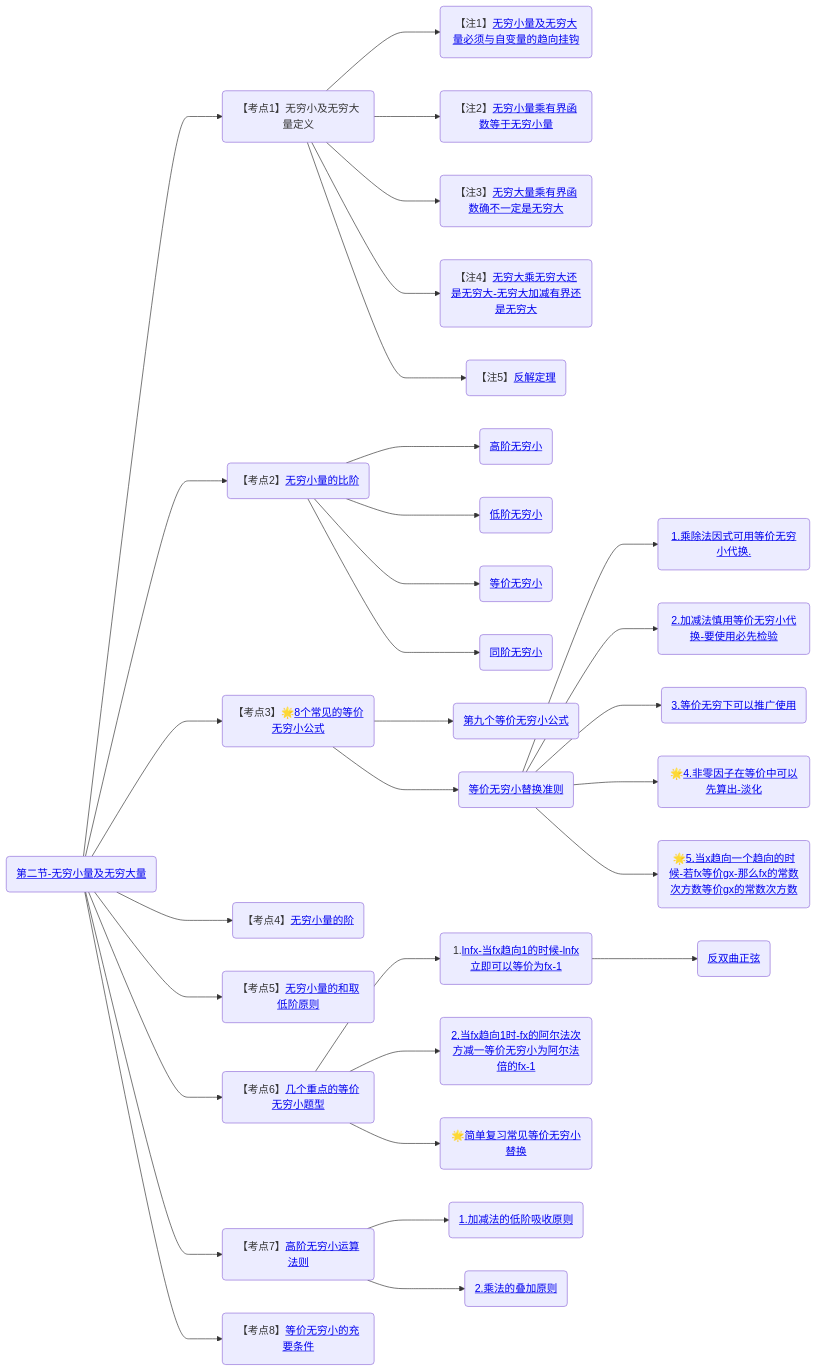
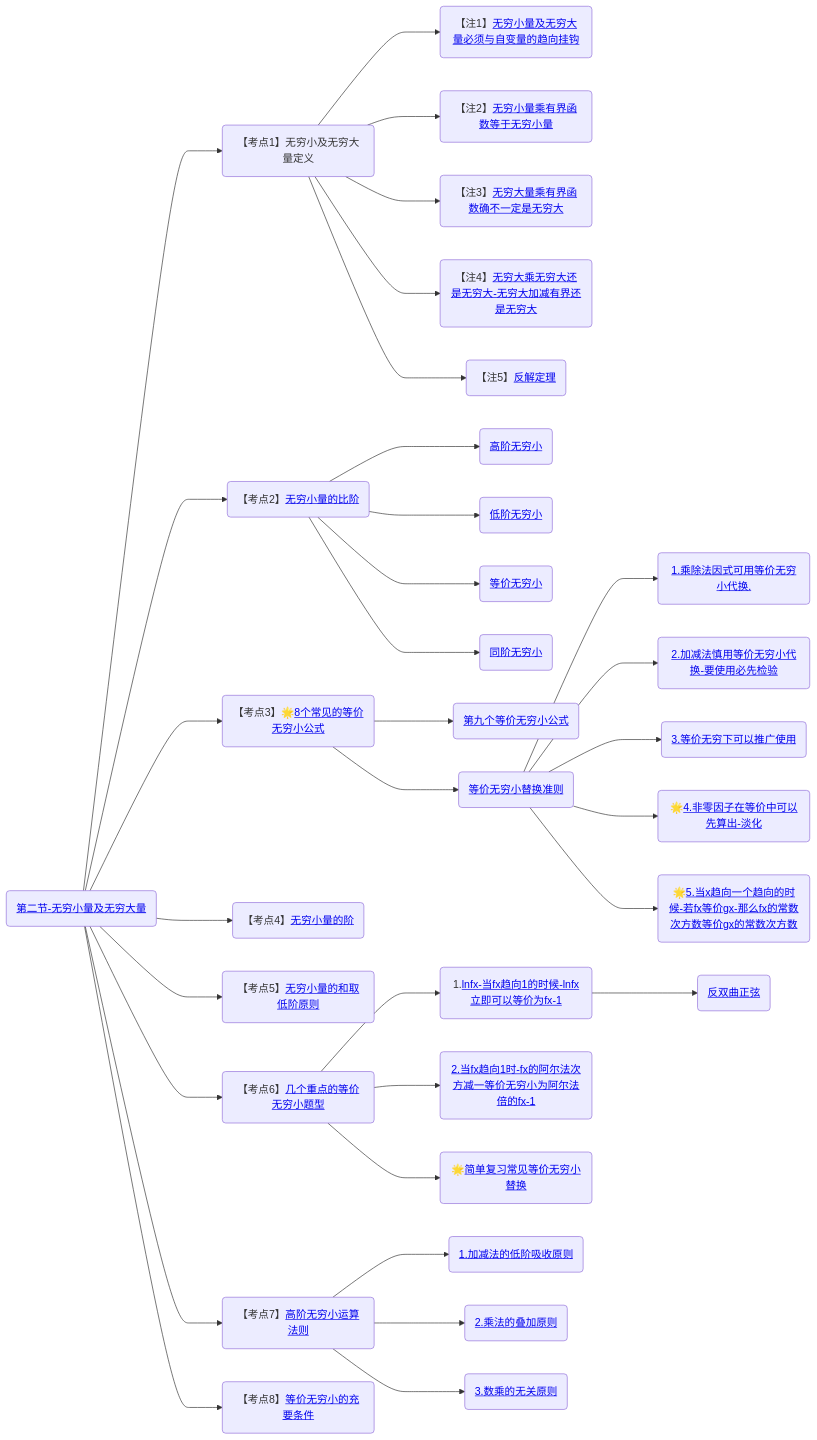
Before and after one commit to yuebinghui/note: the second of 3 diagrams in 笔记/数学/周洋鑫/01.基础班思维导图.md, drawn with Mermaid. The commit also changed 4 other files, not shown here.

````diff
--- a/笔记/数学/周洋鑫/01.基础班思维导图.md
+++ b/笔记/数学/周洋鑫/01.基础班思维导图.md
@@ -41,46 +41,47 @@
 ```mermaid
 graph LR
 
 第二节-无穷小量及无穷大量(<a href="/Users/yuebinghui/Documents/program/github/note/笔记/数学/周洋鑫/基础班/02.无穷小量及无穷大量.md#第二节-无穷小量及无穷大量">第二节-无穷小量及无穷大量</>)
 
 第二节-无穷小量及无穷大量--->无穷小及无穷大量定义(【考点1】无穷小及无穷大量定义)
 
 无穷小及无穷大量定义--->无穷小量及无穷大量必须与自变量的趋向挂钩(【注1】<a href="/Users/yuebinghui/Documents/program/github/note/笔记/数学/周洋鑫/基础班/02.无穷小量及无穷大量.md#无穷小量及无穷大量必须与自变量的趋向挂钩">无穷小量及无穷大量必须与自变量的趋向挂钩</>)
 无穷小及无穷大量定义--->无穷小量乘有界函数等于无穷小量(【注2】<a href="/Users/yuebinghui/Documents/program/github/note/笔记/数学/周洋鑫/基础班/02.无穷小量及无穷大量.md#无穷小量乘有界函数等于无穷小量">无穷小量乘有界函数等于无穷小量</>)
 无穷小及无穷大量定义--->无穷大量乘有界函数确不一定是无穷大(【注3】<a href="/Users/yuebinghui/Documents/program/github/note/笔记/数学/周洋鑫/基础班/02.无穷小量及无穷大量.md#无穷大量乘有界函数确不一定是无穷大">无穷大量乘有界函数确不一定是无穷大</>)
 无穷小及无穷大量定义--->无穷大乘无穷大还是无穷大-无穷大加减有界还是无穷大(【注4】<a href="/Users/yuebinghui/Documents/program/github/note/笔记/数学/周洋鑫/基础班/02.无穷小量及无穷大量.md#无穷大乘无穷大还是无穷大-无穷大加减有界还是无穷大">无穷大乘无穷大还是无穷大-无穷大加减有界还是无穷大</>)
 无穷小及无穷大量定义--->反解定理(【注5】<a href="/Users/yuebinghui/Documents/program/github/note/笔记/数学/周洋鑫/基础班/02.无穷小量及无穷大量.md#反解定理">反解定理</>)
 
 第二节-无穷小量及无穷大量--->无穷小量的比阶(【考点2】<a href="/Users/yuebinghui/Documents/program/github/note/笔记/数学/周洋鑫/基础班/02.无穷小量及无穷大量.md#无穷小量的比阶">无穷小量的比阶</>)
 无穷小量的比阶--->高阶无穷小(<a href="/Users/yuebinghui/Documents/program/github/note/笔记/数学/周洋鑫/基础班/02.无穷小量及无穷大量.md#高阶无穷小">高阶无穷小</>)
 无穷小量的比阶--->低阶无穷小(<a href="/Users/yuebinghui/Documents/program/github/note/笔记/数学/周洋鑫/基础班/02.无穷小量及无穷大量.md#低阶无穷小">低阶无穷小</>)
 无穷小量的比阶--->等价无穷小(<a href="/Users/yuebinghui/Documents/program/github/note/笔记/数学/周洋鑫/基础班/02.无穷小量及无穷大量.md#等价无穷小">等价无穷小</>)
 无穷小量的比阶--->同阶无穷小(<a href="/Users/yuebinghui/Documents/program/github/note/笔记/数学/周洋鑫/基础班/02.无穷小量及无穷大量.md#同阶无穷小">同阶无穷小</>)
 
 第二节-无穷小量及无穷大量--->8个常见的等价无穷小公式(【考点3】🌟<a href="/Users/yuebinghui/Documents/program/github/note/笔记/数学/周洋鑫/基础班/02.无穷小量及无穷大量.md#8个常见的等价无穷小公式">8个常见的等价无穷小公式</>)
 8个常见的等价无穷小公式--->第九个等价无穷小公式(<a href="/Users/yuebinghui/Documents/program/github/note/笔记/数学/周洋鑫/基础班/02.无穷小量及无穷大量.md#第九个等价无穷小公式">第九个等价无穷小公式</>)
 8个常见的等价无穷小公式--->等价无穷小替换准则(<a href="/Users/yuebinghui/Documents/program/github/note/笔记/数学/周洋鑫/基础班/02.无穷小量及无穷大量.md#等价无穷小替换准则">等价无穷小替换准则</>)
 等价无穷小替换准则--->1.乘除法因式可用等价无穷小代换.(<a href="/Users/yuebinghui/Documents/program/github/note/笔记/数学/周洋鑫/基础班/02.无穷小量及无穷大量.md#1.乘除法因式可用等价无穷小代换.">1.乘除法因式可用等价无穷小代换.</>)
 等价无穷小替换准则--->2.加减法慎用等价无穷小代换-要使用必先检验(<a href="/Users/yuebinghui/Documents/program/github/note/笔记/数学/周洋鑫/基础班/02.无穷小量及无穷大量.md#2.加减法慎用等价无穷小代换-要使用必先检验">2.加减法慎用等价无穷小代换-要使用必先检验</>)
 等价无穷小替换准则--->3.等价无穷下可以推广使用(<a href="/Users/yuebinghui/Documents/program/github/note/笔记/数学/周洋鑫/基础班/02.无穷小量及无穷大量.md#3.等价无穷下可以推广使用">3.等价无穷下可以推广使用</>)
 等价无穷小替换准则--->4.非零因子在等价中可以先算出-淡化(🌟<a href="/Users/yuebinghui/Documents/program/github/note/笔记/数学/周洋鑫/基础班/02.无穷小量及无穷大量.md#4.非零因子在等价中可以先算出-淡化">4.非零因子在等价中可以先算出-淡化</>)
 等价无穷小替换准则--->5.当x趋向一个趋向的时候-若fx等价gx-那么fx的常数次方数等价gx的常数次方数(🌟<a href="/Users/yuebinghui/Documents/program/github/note/笔记/数学/周洋鑫/基础班/02.无穷小量及无穷大量.md#5.当x趋向一个趋向的时候-若fx等价gx-那么fx的常数次方数等价gx的常数次方数">5.当x趋向一个趋向的时候-若fx等价gx-那么fx的常数次方数等价gx的常数次方数</>)
 
 
 第二节-无穷小量及无穷大量--->无穷小量的阶(【考点4】<a href="/Users/yuebinghui/Documents/program/github/note/笔记/数学/周洋鑫/基础班/02.无穷小量及无穷大量.md#无穷小量的阶">无穷小量的阶</>)
 
 第二节-无穷小量及无穷大量--->无穷小量的和取低阶原则(【考点5】<a href="/Users/yuebinghui/Documents/program/github/note/笔记/数学/周洋鑫/基础班/02.无穷小量及无穷大量.md#无穷小量的和取低阶原则">无穷小量的和取低阶原则</>)
 
 第二节-无穷小量及无穷大量--->几个重点的等价无穷小题型(【考点6】<a href="/Users/yuebinghui/Documents/program/github/note/笔记/数学/周洋鑫/基础班/02.无穷小量及无穷大量.md#几个重点的等价无穷小题型">几个重点的等价无穷小题型</>)
 几个重点的等价无穷小题型--->lnfx-当fx趋向1的时候-lnfx立即可以等价为fx-1(1.<a href="/Users/yuebinghui/Documents/program/github/note/笔记/数学/周洋鑫/基础班/02.无穷小量及无穷大量.md#lnfx-当fx趋向1的时候-lnfx立即可以等价为fx-1">lnfx-当fx趋向1的时候-lnfx立即可以等价为fx-1</>)
 lnfx-当fx趋向1的时候-lnfx立即可以等价为fx-1--->反双曲正弦(<a href="/Users/yuebinghui/Documents/program/github/note/笔记/数学/周洋鑫/基础班/02.无穷小量及无穷大量.md#反双曲正弦">反双曲正弦</>)
 几个重点的等价无穷小题型--->2.当fx趋向1时-fx的阿尔法次方减一等价无穷小为阿尔法倍的fx-1(<a href="/Users/yuebinghui/Documents/program/github/note/笔记/数学/周洋鑫/基础班/02.无穷小量及无穷大量.md#2.当fx趋向1时-fx的阿尔法次方减一等价无穷小为阿尔法倍的fx-1">2.当fx趋向1时-fx的阿尔法次方减一等价无穷小为阿尔法倍的fx-1</>)
 几个重点的等价无穷小题型--->简单复习常见等价无穷小替换(🌟<a href="/Users/yuebinghui/Documents/program/github/note/笔记/数学/周洋鑫/基础班/03.泰勒公式-洛必达法则.md#简单复习常见等价无穷小替换">简单复习常见等价无穷小替换</>)
 
 第二节-无穷小量及无穷大量--->高阶无穷小运算法则(【考点7】<a href="/Users/yuebinghui/Documents/program/github/note/笔记/数学/周洋鑫/基础班/03.泰勒公式-洛必达法则.md#高阶无穷小运算法则">高阶无穷小运算法则</>)
 高阶无穷小运算法则--->1.加减法的低阶吸收原则(<a href="/Users/yuebinghui/Documents/program/github/note/笔记/数学/周洋鑫/基础班/03.泰勒公式-洛必达法则.md#1.加减法的低阶吸收原则">1.加减法的低阶吸收原则</>)
 高阶无穷小运算法则--->2.乘法的叠加原则(<a href="/Users/yuebinghui/Documents/program/github/note/笔记/数学/周洋鑫/基础班/03.泰勒公式-洛必达法则.md#2.乘法的叠加原则">2.乘法的叠加原则</>)
+高阶无穷小运算法则--->3.数乘的无关原则(<a href="/Users/yuebinghui/Documents/program/github/note/笔记/数学/周洋鑫/基础班/03.泰勒公式-洛必达法则.md#3.数乘的无关原则">3.数乘的无关原则</>)
 
 第二节-无穷小量及无穷大量--->等价无穷小的充要条件(【考点8】<a href="/Users/yuebinghui/Documents/program/github/note/笔记/数学/周洋鑫/基础班/03.泰勒公式-洛必达法则.md#等价无穷小的充要条件">等价无穷小的充要条件</>)
 
 ```
````
